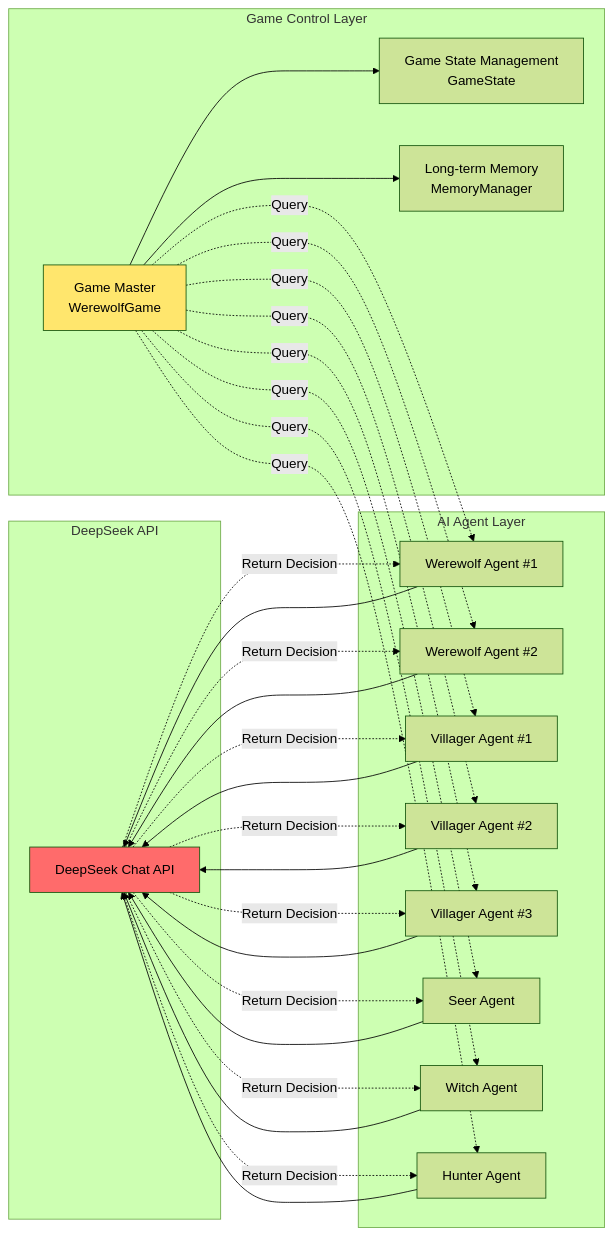
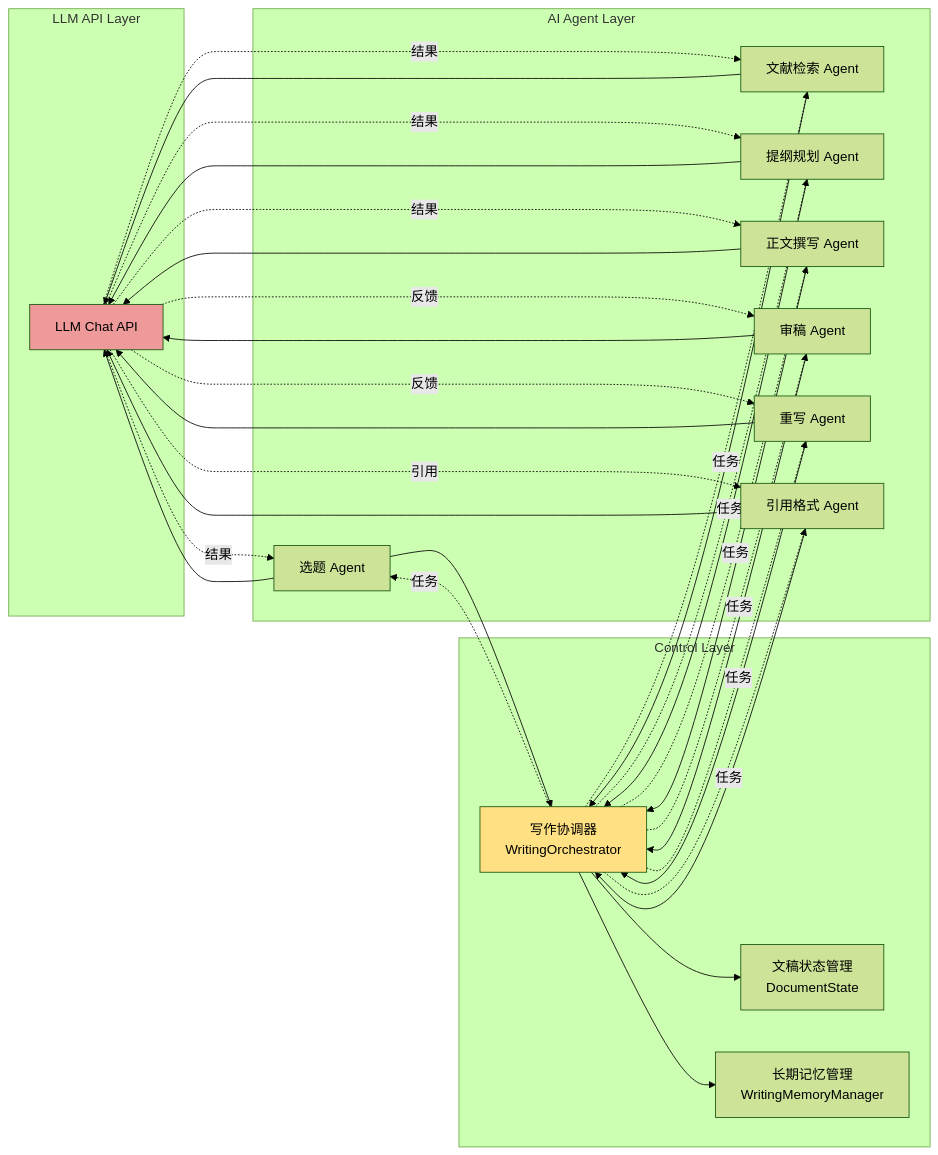
The second of 9 diagrams in README.md (ddssmm1/ai-writing-workflow), drawn with Mermaid (forest theme) before and after one commit. The commit also changed other lines of this file, not shown here.

````diff
--- a/README.md
+++ b/README.md
@@ -31,56 +27,60 @@
 ```mermaid
 graph LR
-    subgraph "DeepSeek API"
-        API[DeepSeek Chat API]
+    subgraph "LLM API Layer"
+        API[LLM Chat API]
     end
 
-    subgraph "Game Control Layer"
-        GameMaster[Game Master<br/>WerewolfGame]
-        GameState[Game State Management<br/>GameState]
-        Memory[Long-term Memory<br/>MemoryManager]
+    subgraph "Control Layer"
+        Orchestrator[写作协调器<br/>WritingOrchestrator]
+        DocState[文稿状态管理<br/>DocumentState]
+        Memory[长期记忆管理<br/>WritingMemoryManager]
     end
 
     subgraph "AI Agent Layer"
-        Wolf1[Werewolf Agent #1]
-        Wolf2[Werewolf Agent #2]
-        Villager1[Villager Agent #1]
-        Villager2[Villager Agent #2]
-        Villager3[Villager Agent #3]
-        Seer[Seer Agent]
-        Witch[Witch Agent]
-        Hunter[Hunter Agent]
+        TopicAgent[选题 Agent]
+        SearchAgent[文献检索 Agent]
+        OutlineAgent[提纲规划 Agent]
+        DraftAgent[正文撰写 Agent]
+        ReviewerAgent[审稿 Agent]
+        RewriterAgent[重写 Agent]
+        CitationAgent[引用格式 Agent]
     end
 
-    GameMaster --> GameState
-    GameMaster --> Memory
+    Orchestrator --> DocState
+    Orchestrator --> Memory
 
-    GameMaster -.Query.-> Wolf1
-    GameMaster -.Query.-> Wolf2
-    GameMaster -.Query.-> Villager1
-    GameMaster -.Query.-> Villager2
-    GameMaster -.Query.-> Villager3
-    GameMaster -.Query.-> Seer
-    GameMaster -.Query.-> Witch
-    GameMaster -.Query.-> Hunter
+    Orchestrator -.任务.-> TopicAgent
+    Orchestrator -.任务.-> SearchAgent
+    Orchestrator -.任务.-> OutlineAgent
+    Orchestrator -.任务.-> DraftAgent
+    Orchestrator -.任务.-> ReviewerAgent
+    Orchestrator -.任务.-> RewriterAgent
+    Orchestrator -.任务.-> CitationAgent
 
-    Wolf1 --> API
-    Wolf2 --> API
-    Villager1 --> API
-    Villager2 --> API
-    Villager3 --> API
-    Seer --> API
-    Witch --> API
-    Hunter --> API
+    TopicAgent --> API
+    SearchAgent --> API
+    OutlineAgent --> API
+    DraftAgent --> API
+    ReviewerAgent --> API
+    RewriterAgent --> API
+    CitationAgent --> API
 
-    API -.Return Decision.-> Wolf1
-    API -.Return Decision.-> Wolf2
-    API -.Return Decision.-> Villager1
-    API -.Return Decision.-> Villager2
-    API -.Return Decision.-> Villager3
-    API -.Return Decision.-> Seer
-    API -.Return Decision.-> Witch
-    API -.Return Decision.-> Hunter
+    API -.结果.-> TopicAgent
+    API -.结果.-> SearchAgent
+    API -.结果.-> OutlineAgent
+    API -.结果.-> DraftAgent
+    API -.反馈.-> ReviewerAgent
+    API -.反馈.-> RewriterAgent
+    API -.引用.-> CitationAgent
 
-    style GameMaster fill:#FFE66D
-    style API fill:#FF6B6B
+    TopicAgent --> Orchestrator
+    SearchAgent --> Orchestrator
+    OutlineAgent --> Orchestrator
+    DraftAgent --> Orchestrator
+    ReviewerAgent --> Orchestrator
+    RewriterAgent --> Orchestrator
+    CitationAgent --> Orchestrator
+
+    style Orchestrator fill:#FFE082
+    style API fill:#EF9A9A
 ```
````
